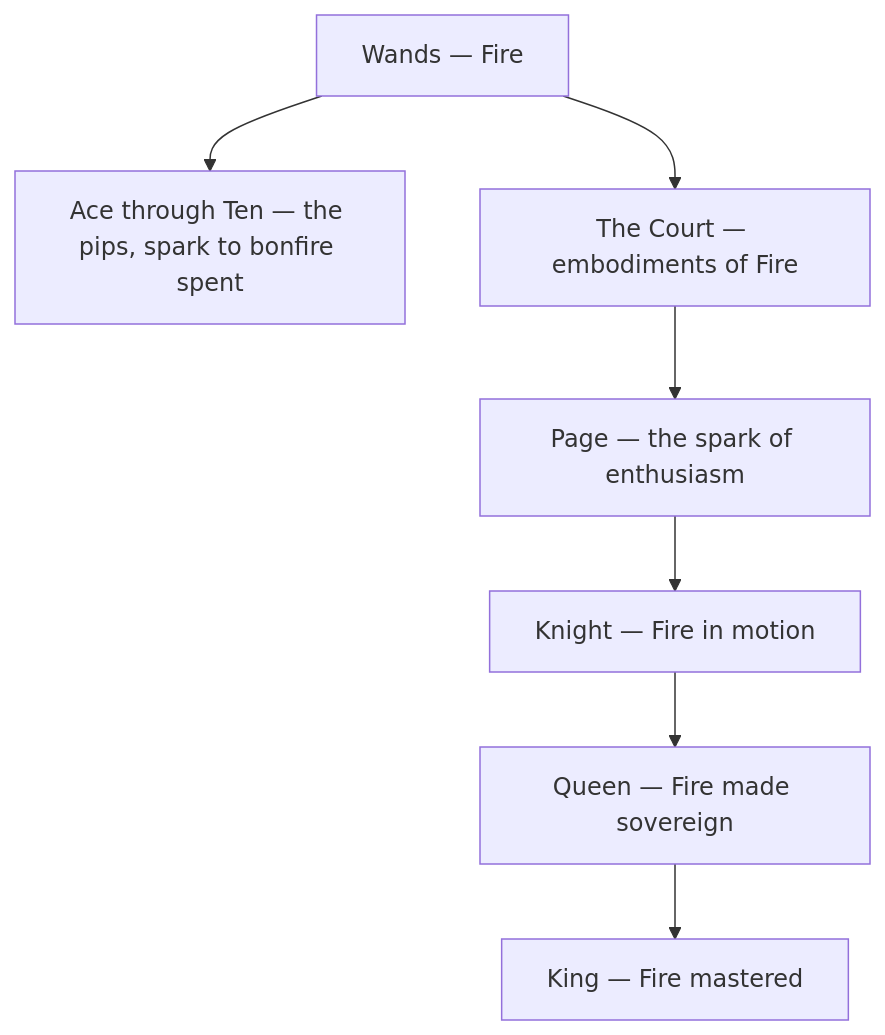
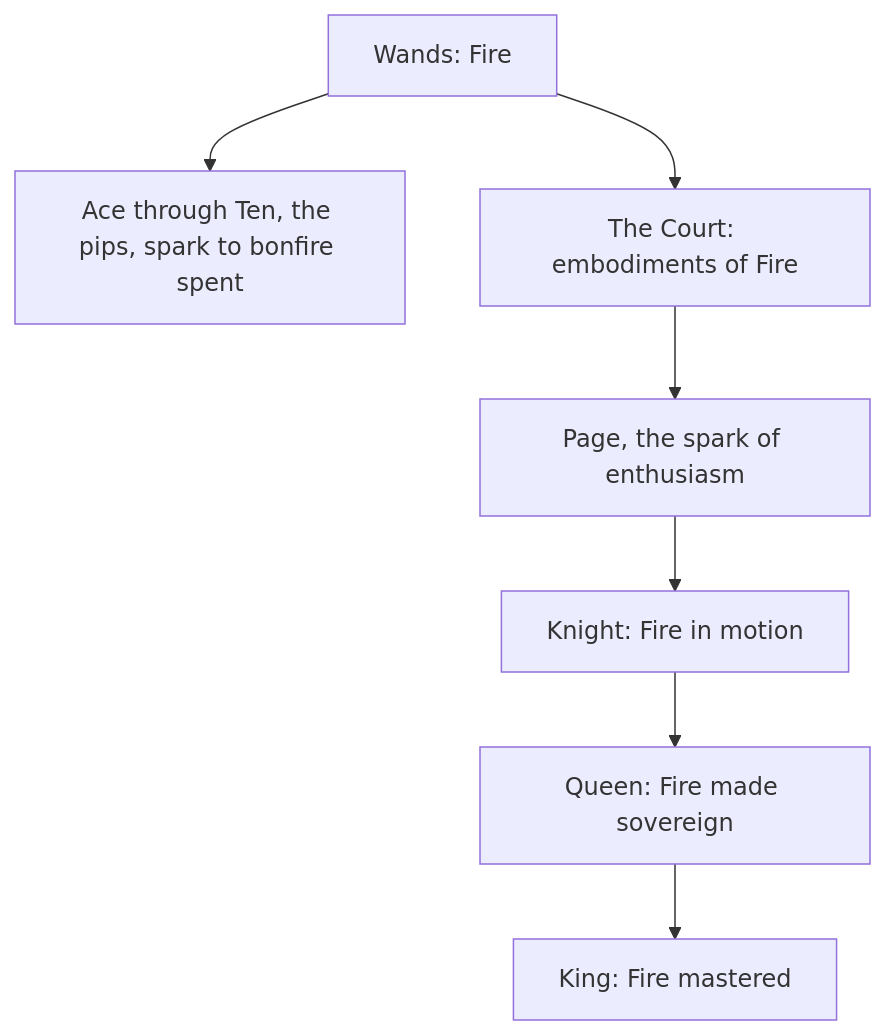
Before and after one commit to kennethreitz/kennethreitz.org: the diagram in data/knowledge/tarot/minor-arcana/wands.md, drawn with Mermaid. The commit also changed other lines of this file and 879 other files, not shown here.

````diff
--- a/data/knowledge/tarot/minor-arcana/wands.md
+++ b/data/knowledge/tarot/minor-arcana/wands.md
@@ -27,10 +27,10 @@
 ```mermaid
 flowchart TD
-    W["Wands — Fire"]
-    W --> A["Ace through Ten — the pips, spark to bonfire spent"]
-    W --> Ct["The Court — embodiments of Fire"]
-    Ct --> P["Page — the spark of enthusiasm"]
-    P --> K["Knight — Fire in motion"]
-    K --> Q["Queen — Fire made sovereign"]
-    Q --> Ki["King — Fire mastered"]
+    W["Wands: Fire"]
+    W --> A["Ace through Ten, the pips, spark to bonfire spent"]
+    W --> Ct["The Court: embodiments of Fire"]
+    Ct --> P["Page, the spark of enthusiasm"]
+    P --> K["Knight: Fire in motion"]
+    K --> Q["Queen: Fire made sovereign"]
+    Q --> Ki["King: Fire mastered"]
 ```
````
